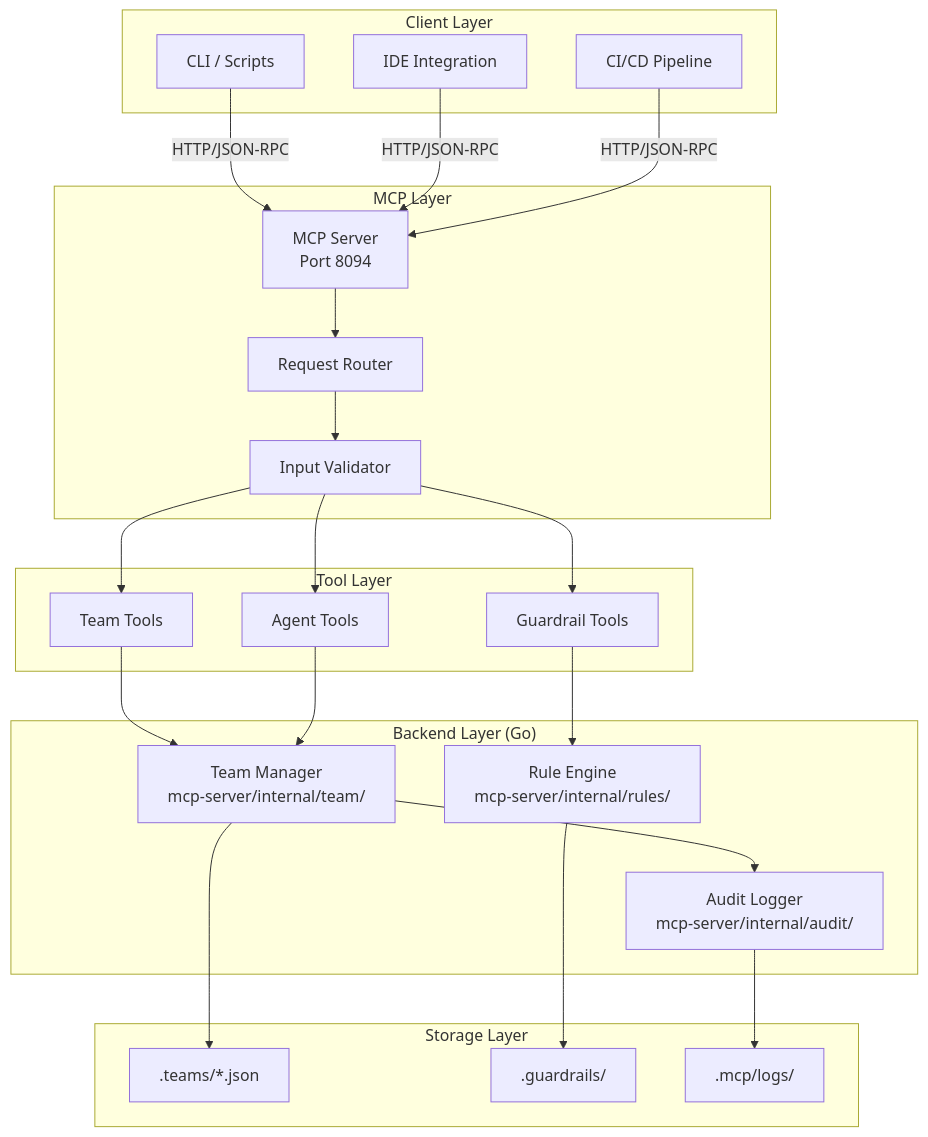
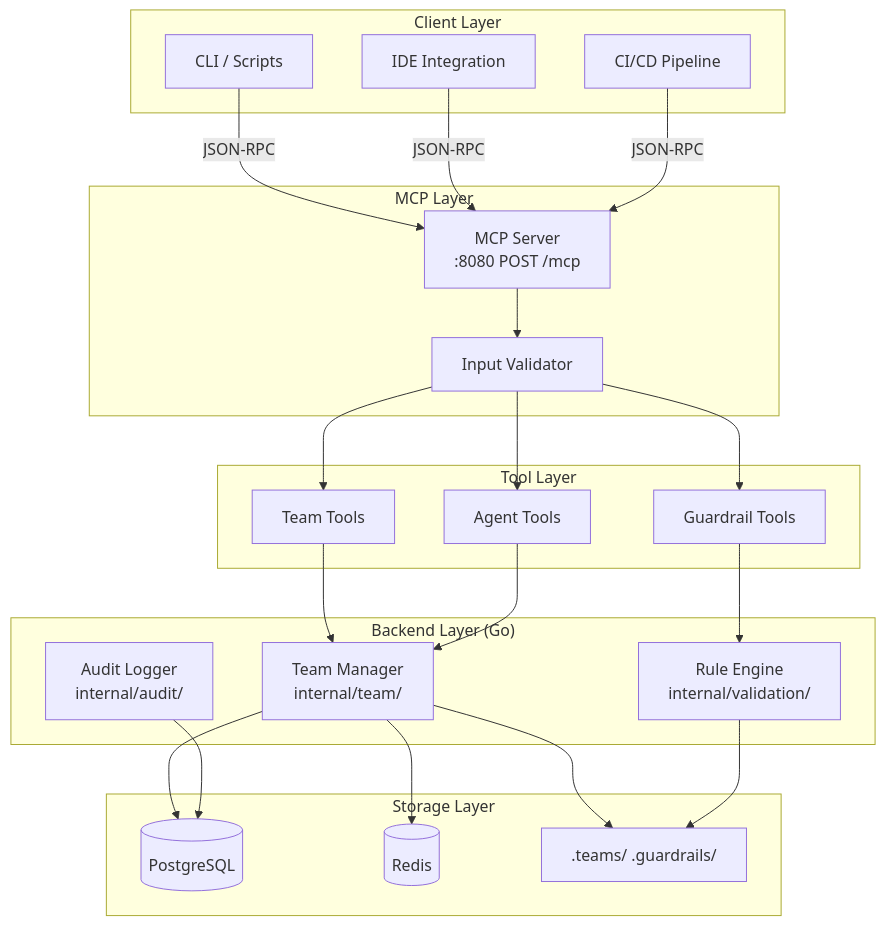
One commit to TheArchitectit/agent-guardrails-template changed the first of 9 diagrams in docs/architecture/system-architecture.md. Above: the diagram before and after it, drawn with Mermaid. The commit also changed other lines of this file and 15 other files, not shown here.

First line of the commit message:
docs: rewrite architecture doc under 500 lines with corrected facts

````diff
--- a/docs/architecture/system-architecture.md
+++ b/docs/architecture/system-architecture.md
@@ -23,51 +8,38 @@
 ```mermaid
 flowchart TB
     subgraph Client["Client Layer"]
         CLI["CLI / Scripts"]
         IDE["IDE Integration"]
         CI["CI/CD Pipeline"]
     end
-
     subgraph MCP["MCP Layer"]
-        Server["MCP Server<br/>Port 8094"]
-        Router["Request Router"]
+        Server["MCP Server<br/>:8080 POST /mcp"]
         Validator["Input Validator"]
     end
-
     subgraph Tools["Tool Layer"]
         TeamTools["Team Tools"]
         GuardrailTools["Guardrail Tools"]
         AgentTools["Agent Tools"]
     end
-
     subgraph Backend["Backend Layer (Go)"]
-        TeamMgr["Team Manager<br/>mcp-server/internal/team/"]
-        RuleEngine["Rule Engine<br/>mcp-server/internal/rules/"]
-        AuditLog["Audit Logger<br/>mcp-server/internal/audit/"]
+        TeamMgr["Team Manager<br/>internal/team/"]
+        RuleEngine["Rule Engine<br/>internal/validation/"]
+        AuditLog["Audit Logger<br/>internal/audit/"]
     end
-
     subgraph Storage["Storage Layer"]
-        TeamConfig[".teams/*.json"]
-        Guardrails[".guardrails/"]
-        Logs[".mcp/logs/"]
+        DB[("PostgreSQL")]
+        Cache[("Redis")]
+        Files[".teams/ .guardrails/"]
     end
-
-    CLI -->|HTTP/JSON-RPC| Server
-    IDE -->|HTTP/JSON-RPC| Server
-    CI -->|HTTP/JSON-RPC| Server
-
-    Server --> Router
-    Router --> Validator
-    Validator --> TeamTools
-    Validator --> GuardrailTools
-    Validator --> AgentTools
-
+    CLI -->|JSON-RPC| Server
+    IDE -->|JSON-RPC| Server
+    CI -->|JSON-RPC| Server
+    Server --> Validator
+    Validator --> TeamTools & GuardrailTools & AgentTools
     TeamTools --> TeamMgr
     GuardrailTools --> RuleEngine
     AgentTools --> TeamMgr
-
-    TeamMgr --> TeamConfig
-    TeamMgr --> AuditLog
-    RuleEngine --> Guardrails
-    AuditLog --> Logs
+    TeamMgr --> DB & Cache & Files
+    RuleEngine --> Files
+    AuditLog --> DB
 ```
````
